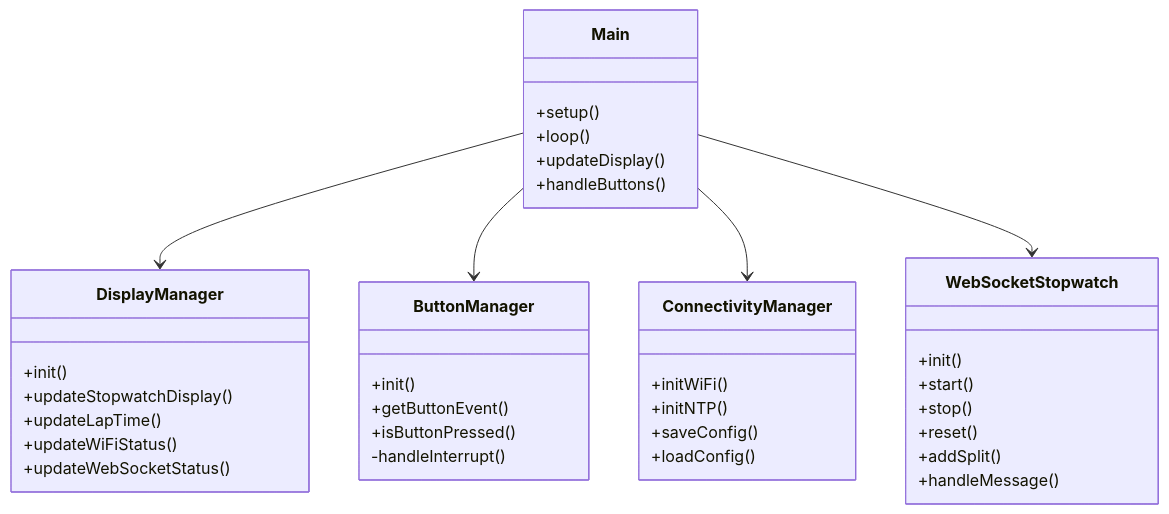
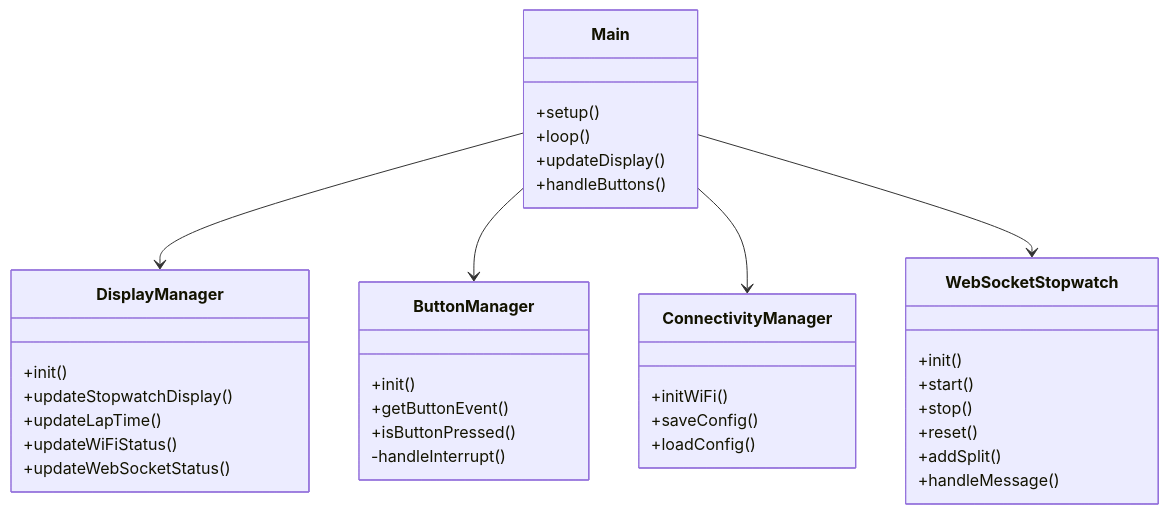
One commit to spelbreker/swimwatch-hardware changed the third of 3 diagrams in README.md. Above: the diagram before and after it, drawn with Mermaid. The commit also changed other lines of this file and 6 other files, not shown here.

````diff
--- a/README.md
+++ b/README.md
@@ -210,45 +209,44 @@
 ```mermaid
 classDiagram
     class Main {
         +setup()
         +loop()
         +updateDisplay()
         +handleButtons()
     }
     
     class DisplayManager {
         +init()
         +updateStopwatchDisplay()
         +updateLapTime()
         +updateWiFiStatus()
         +updateWebSocketStatus()
     }
     
     class ButtonManager {
         +init()
         +getButtonEvent()
         +isButtonPressed()
         -handleInterrupt()
     }
     
     class ConnectivityManager {
         +initWiFi()
-        +initNTP()
         +saveConfig()
         +loadConfig()
     }
     
     class WebSocketStopwatch {
         +init()
         +start()
         +stop()
         +reset()
         +addSplit()
         +handleMessage()
     }
     
     Main --> DisplayManager
     Main --> ButtonManager
     Main --> ConnectivityManager
     Main --> WebSocketStopwatch
 ```
````
